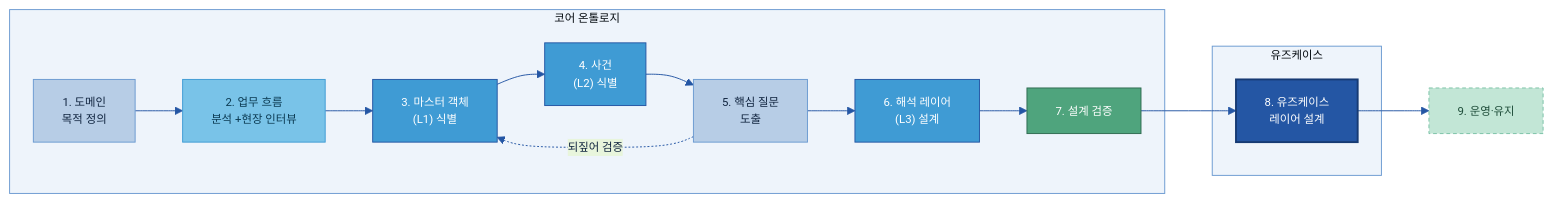
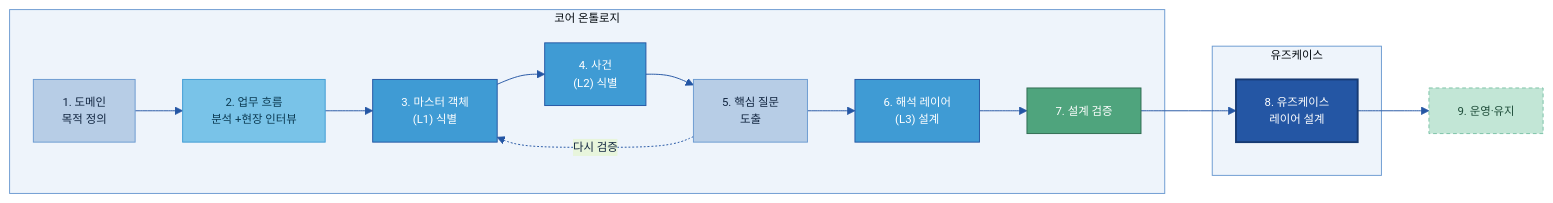
One commit to jin-kearney/ai-ready-data-manual changed the sixth of 8 diagrams in 가이드 작성/B-3 온톨로지/B-3 온톨로지.md. Above: the diagram before and after it, drawn with Mermaid. The commit also changed other lines of this file, not shown here.

````diff
--- a/가이드 작성/B-3 온톨로지/B-3 온톨로지.md
+++ b/가이드 작성/B-3 온톨로지/B-3 온톨로지.md
@@ -380,25 +345,25 @@
 ```mermaid
 %%{init: {'theme':'base','themeVariables':{'primaryColor':'#DCE8F5','primaryBorderColor':'#2456A4','primaryTextColor':'#10243f','lineColor':'#2456A4','clusterBkg':'#EEF4FB','clusterBorder':'#6B9AD1','fontSize':'12px'}}}%%
 flowchart LR
     subgraph CORE["코어 온톨로지"]
         S1["1. 도메인\n목적 정의"]:::n
         S2["2. 업무 흐름\n분석 +현장 인터뷰"]:::src
         S3["3. 마스터 객체\n(L1) 식별"]:::gate
         S4["4. 사건\n(L2) 식별"]:::gate
         S5["5. 핵심 질문\n도출"]:::n
         S6["6. 해석 레이어\n(L3) 설계"]:::gate
         S7["7. 설계 검증"]:::loop
     end
     subgraph UC["유즈케이스"]
         S8["8. 유즈케이스\n레이어 설계"]:::cat
     end
     S9["9. 운영·유지"]:::cross
     S1 --> S2 --> S3 --> S4 --> S5 --> S6 --> S7 --> S8 --> S9
-    S5 -.->|"되짚어 검증"| S3
+    S5 -.->|"다시 검증"| S3
     classDef n fill:#B7CDE6,stroke:#6B9AD1,color:#10243f;
     classDef src fill:#79C3E8,stroke:#3F9BD4,color:#0b3a52;
     classDef gate fill:#3F9BD4,stroke:#2456A4,color:#fff;
     classDef cat fill:#2456A4,color:#fff,stroke:#163a73,stroke-width:2px;
     classDef loop fill:#4FA47D,stroke:#2f6b50,color:#fff;
     classDef cross fill:#C2E6D6,stroke:#7CC2A7,color:#1f4d3a,stroke-dasharray:4 3;
 ```
````
